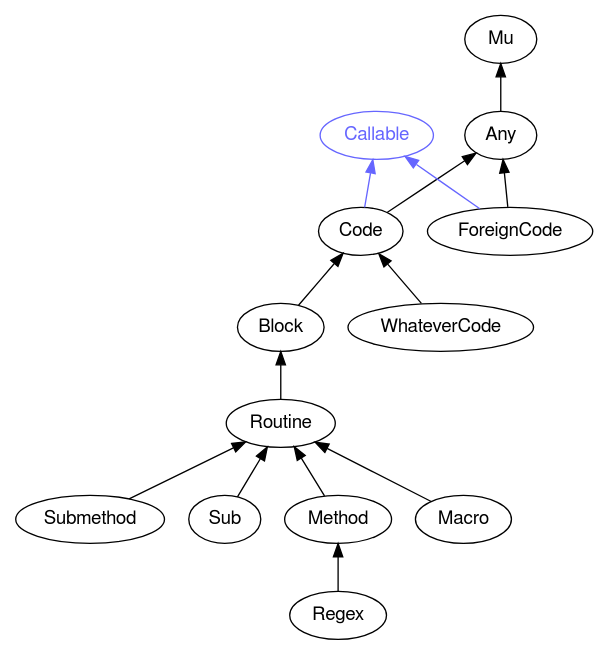
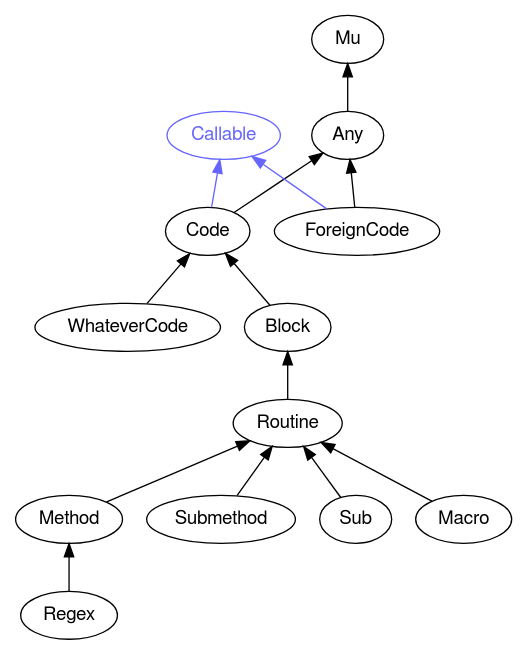
One commit to perl6docs/perl6docs.github.io changed the diagram in images/type-graph-Callable.svg.dot. Above: the diagram before and after it, drawn with Graphviz. The commit also changed other lines of this file and 4422 other files, not shown here.

```diff
--- a/images/type-graph-Callable.svg.dot
+++ b/images/type-graph-Callable.svg.dot
@@ -1,36 +1,36 @@
 digraph "perl6-type-graph" {
     rankdir=BT;
     splines=polyline;
     overlap=false; 
     // Types
     "Callable" [color="#6666FF", fontcolor="#6666FF", href="/type/Callable", fontname="FreeSans"];
     "Mu" [color="#000000", fontcolor="#000000", href="/type/Mu", fontname="FreeSans"];
     "Any" [color="#000000", fontcolor="#000000", href="/type/Any", fontname="FreeSans"];
     "Code" [color="#000000", fontcolor="#000000", href="/type/Code", fontname="FreeSans"];
     "ForeignCode" [color="#000000", fontcolor="#000000", href="/type/ForeignCode", fontname="FreeSans"];
+    "WhateverCode" [color="#000000", fontcolor="#000000", href="/type/WhateverCode", fontname="FreeSans"];
     "Block" [color="#000000", fontcolor="#000000", href="/type/Block", fontname="FreeSans"];
-    "WhateverCode" [color="#000000", fontcolor="#000000", href="/type/WhateverCode", fontname="FreeSans"];
     "Routine" [color="#000000", fontcolor="#000000", href="/type/Routine", fontname="FreeSans"];
+    "Method" [color="#000000", fontcolor="#000000", href="/type/Method", fontname="FreeSans"];
     "Submethod" [color="#000000", fontcolor="#000000", href="/type/Submethod", fontname="FreeSans"];
     "Sub" [color="#000000", fontcolor="#000000", href="/type/Sub", fontname="FreeSans"];
-    "Method" [color="#000000", fontcolor="#000000", href="/type/Method", fontname="FreeSans"];
     "Macro" [color="#000000", fontcolor="#000000", href="/type/Macro", fontname="FreeSans"];
     "Regex" [color="#000000", fontcolor="#000000", href="/type/Regex", fontname="FreeSans"];
 
     // Superclasses
     "Any" -> "Mu" [color="#000000"];
     "Code" -> "Any" [color="#000000"];
     "ForeignCode" -> "Any" [color="#000000"];
+    "WhateverCode" -> "Code" [color="#000000"];
     "Block" -> "Code" [color="#000000"];
-    "WhateverCode" -> "Code" [color="#000000"];
     "Routine" -> "Block" [color="#000000"];
+    "Method" -> "Routine" [color="#000000"];
     "Submethod" -> "Routine" [color="#000000"];
     "Sub" -> "Routine" [color="#000000"];
-    "Method" -> "Routine" [color="#000000"];
     "Macro" -> "Routine" [color="#000000"];
     "Regex" -> "Method" [color="#000000"];
 
     // Roles
     "Code" -> "Callable" [color="#6666FF"];
     "ForeignCode" -> "Callable" [color="#6666FF"];
 }
```
